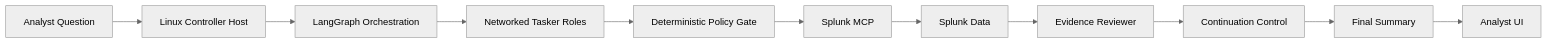
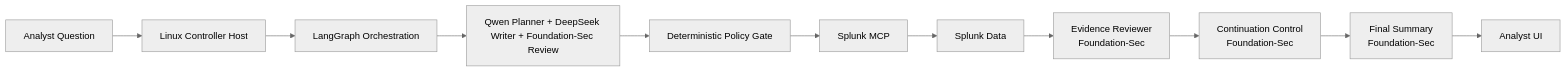
The first of 2 diagrams in docs/architecture/system_design.md (gosplunk/agtsmith), drawn with Mermaid (neutral theme) before and after one commit. The commit also changed other lines of this file and 14 other files, not shown here.

````diff
--- a/docs/architecture/system_design.md
+++ b/docs/architecture/system_design.md
@@ -14,13 +14,13 @@
 ```mermaid
 flowchart LR
     A[Analyst Question] --> B[Linux Controller Host]
     B --> C[LangGraph Orchestration]
-    C --> D[Networked Tasker Roles]
+    C --> D[Qwen Planner + DeepSeek Writer + Foundation-Sec Review]
     D --> E[Deterministic Policy Gate]
     E --> F[Splunk MCP]
     F --> G[Splunk Data]
-    G --> H[Evidence Reviewer]
-    H --> I[Continuation Control]
-    I --> J[Final Summary]
+    G --> H[Evidence Reviewer<br/>Foundation-Sec]
+    H --> I[Continuation Control<br/>Foundation-Sec]
+    I --> J[Final Summary<br/>Foundation-Sec]
     J --> K[Analyst UI]
 ```
````
